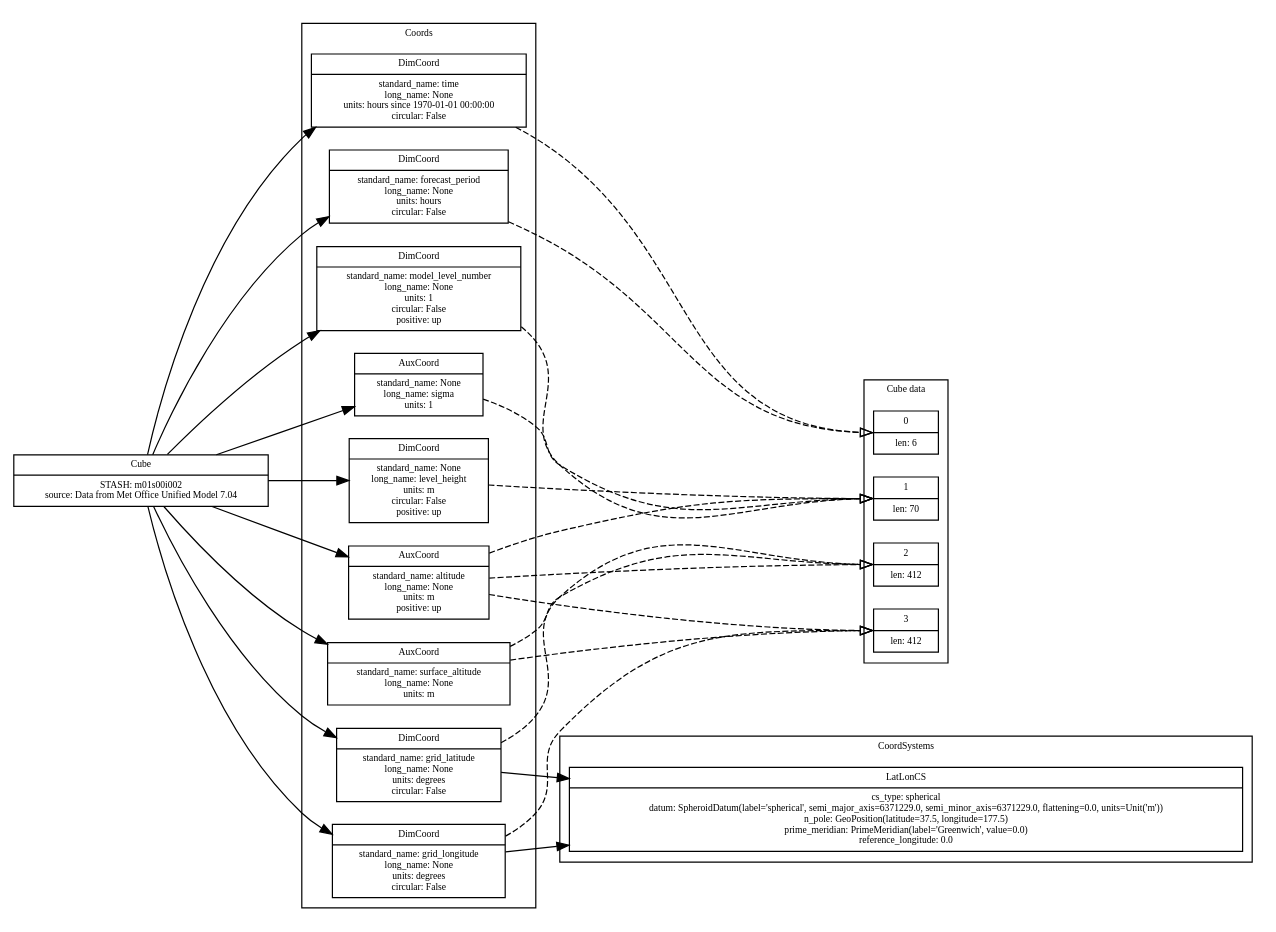
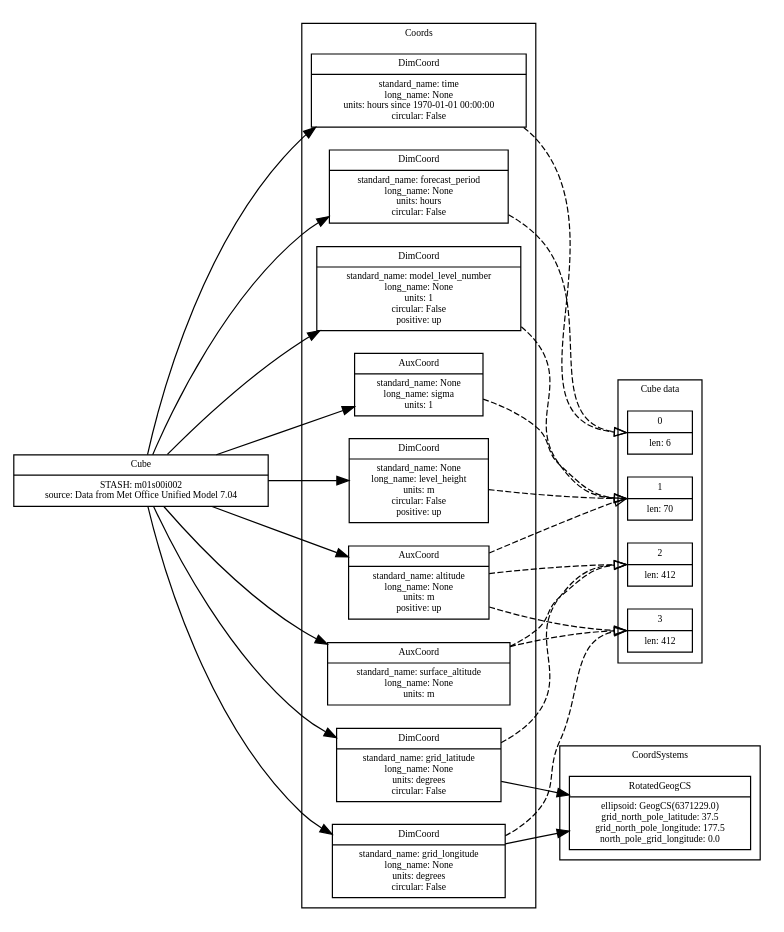
Before and after one commit to SciTools/iris: the diagram in etc/iris_tests_results/file_load/5d_pp.dot, drawn with Graphviz. The commit also changed 302 other files, not shown here.

```diff
--- a/etc/iris_tests_results/file_load/5d_pp.dot
+++ b/etc/iris_tests_results/file_load/5d_pp.dot
@@ -1,121 +1,121 @@
 
 digraph CubeGraph{
 
     rankdir = "LR"
     fontname = "Bitstream Vera Sans"
     fontsize = 8
 
     node [
         fontname = "Bitstream Vera Sans"
         fontsize = 8
         shape = "record"
     ]
 
 #   Nodes
     ":Cube" [
         label = "Cube|STASH: m01s00i002\nsource: Data from Met Office Unified Model 7.04"
     ]
 
     
     subgraph clusterCubeDimensions {
         label="Cube data"
     
         "CubeDimension_0" [
             label = "0|len: 6"
         ]
 
         "CubeDimension_1" [
             label = "1|len: 70"
         ]
 
         "CubeDimension_2" [
             label = "2|len: 412"
         ]
 
         "CubeDimension_3" [
             label = "3|len: 412"
         ]
 
     }
     
     
     subgraph clusterCoords {
         label = "Coords"
         "Coord_0" [
             label = "AuxCoord|standard_name: altitude\nlong_name: None\nunits: m\npositive: up"
         ]
         "Coord_1" [
             label = "DimCoord|standard_name: forecast_period\nlong_name: None\nunits: hours\ncircular: False"
         ]
         "Coord_2" [
             label = "DimCoord|standard_name: grid_latitude\nlong_name: None\nunits: degrees\ncircular: False"
         ]
         "Coord_3" [
             label = "DimCoord|standard_name: grid_longitude\nlong_name: None\nunits: degrees\ncircular: False"
         ]
         "Coord_4" [
             label = "DimCoord|standard_name: None\nlong_name: level_height\nunits: m\ncircular: False\npositive: up"
         ]
         "Coord_5" [
             label = "DimCoord|standard_name: model_level_number\nlong_name: None\nunits: 1\ncircular: False\npositive: up"
         ]
         "Coord_6" [
             label = "AuxCoord|standard_name: None\nlong_name: sigma\nunits: 1"
         ]
         "Coord_7" [
             label = "AuxCoord|standard_name: surface_altitude\nlong_name: None\nunits: m"
         ]
         "Coord_8" [
             label = "DimCoord|standard_name: time\nlong_name: None\nunits: hours since 1970-01-01 00:00:00\ncircular: False"
         ]
 
     }
     
     
     subgraph clusterCoordSystems {
         label = "CoordSystems"
-        "CoordSystem_LatLonCS_0" [
-            label = "LatLonCS|cs_type: spherical\ndatum: SpheroidDatum(label='spherical', semi_major_axis=6371229.0, semi_minor_axis=6371229.0, flattening=0.0, units=Unit('m'))\nn_pole: GeoPosition(latitude=37.5, longitude=177.5)\nprime_meridian: PrimeMeridian(label='Greenwich', value=0.0)\nreference_longitude: 0.0"
+        "CoordSystem_RotatedGeogCS_0" [
+            label = "RotatedGeogCS|ellipsoid: GeogCS(6371229.0)\ngrid_north_pole_latitude: 37.5\ngrid_north_pole_longitude: 177.5\nnorth_pole_grid_longitude: 0.0"
         ]
 
     }
     
     edge [
         arrowhead = "normal"
     ]
 
 #   RELATIONSHIPS
 
 #   Containment
     
     ":Cube" -> "Coord_0"
     ":Cube" -> "Coord_1"
-    "Coord_2" -> "CoordSystem_LatLonCS_0"
+    "Coord_2" -> "CoordSystem_RotatedGeogCS_0"
     ":Cube" -> "Coord_2"
-    "Coord_3" -> "CoordSystem_LatLonCS_0"
+    "Coord_3" -> "CoordSystem_RotatedGeogCS_0"
     ":Cube" -> "Coord_3"
     ":Cube" -> "Coord_4"
     ":Cube" -> "Coord_5"
     ":Cube" -> "Coord_6"
     ":Cube" -> "Coord_7"
     ":Cube" -> "Coord_8"
     edge [
         style="dashed"
         arrowhead = "onormal"
     ]
 
 #   Association
     
     "Coord_0" -> "CubeDimension_1":w
     "Coord_0" -> "CubeDimension_2":w
     "Coord_0" -> "CubeDimension_3":w
     "Coord_1" -> "CubeDimension_0":w
     "Coord_2" -> "CubeDimension_2":w
     "Coord_3" -> "CubeDimension_3":w
     "Coord_4" -> "CubeDimension_1":w
     "Coord_5" -> "CubeDimension_1":w
     "Coord_6" -> "CubeDimension_1":w
     "Coord_7" -> "CubeDimension_2":w
     "Coord_7" -> "CubeDimension_3":w
     "Coord_8" -> "CubeDimension_0":w
 }
```
